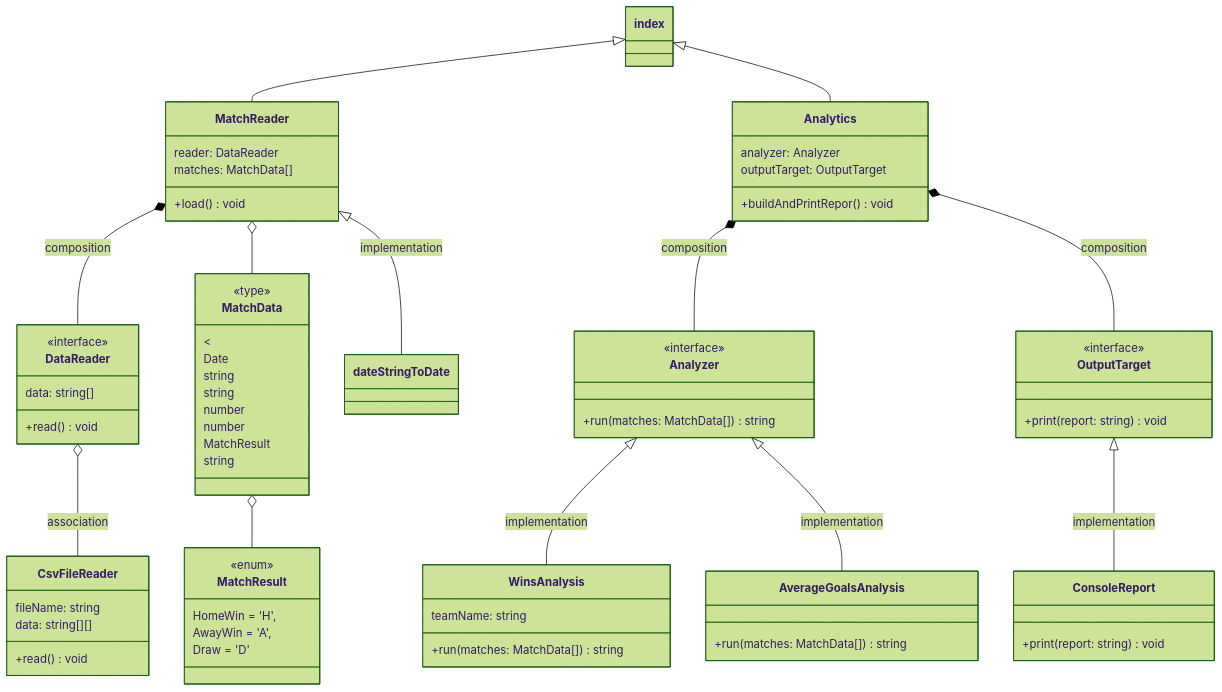
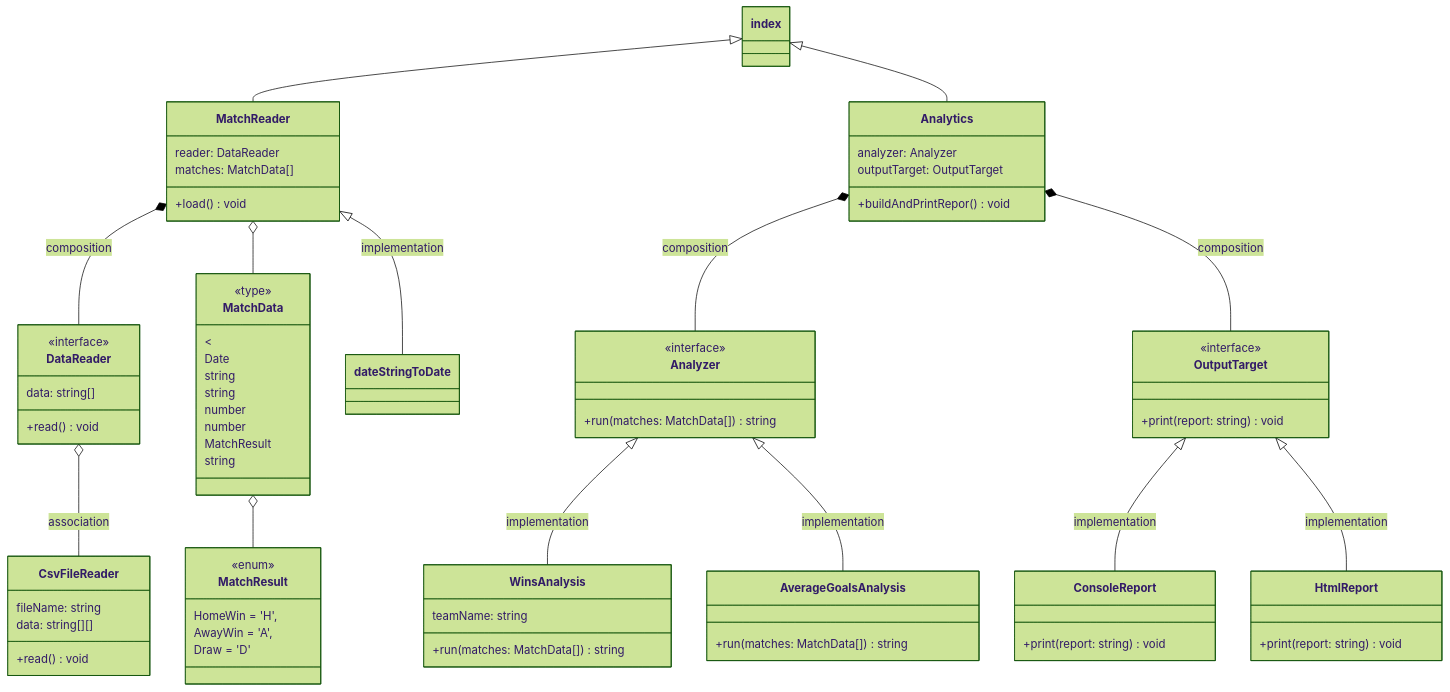
The first of 2 diagrams in README.md (frzhen/pure-Typescript), drawn with Mermaid (forest theme) before and after one commit.

Commit message:
Added HtmlReport to README.md ERD

````diff
--- a/README.md
+++ b/README.md
@@ -15,71 +15,75 @@
 ```mermaid
    classDiagram
    index <|-- MatchReader
    index <|-- Analytics
    class MatchReader{
    reader: DataReader 
    matches: MatchData[] 
    +load() void
    }
    MatchReader *-- DataReader: composition
    class DataReader{
    <<interface>> 
    data: string[]
    +read() void
    }
    DataReader o-- CsvFileReader: association
    class CsvFileReader{
    fileName: string
    data: string[][]
    +read() void
    }
    MatchReader o-- MatchData
    class MatchResult{
    <<enum>> 
    HomeWin = 'H',
    AwayWin = 'A',
    Draw = 'D'
    }
    class MatchData{
    <<type>>
    <<tuple>
    Date
    string
    string
    number
    number
    MatchResult
    string
    }
    MatchData o-- MatchResult
    
    class Analytics{
    analyzer: Analyzer
    outputTarget: OutputTarget
    +buildAndPrintRepor() void
    }
    Analytics *--Analyzer: composition
    Analytics *--OutputTarget: composition
    class Analyzer{
    <<interface>>
    +run(matches: MatchData[]) string
    }
    class OutputTarget{
    <<interface>>
    +print(report: string) void
    }
    class WinsAnalysis{
    teamName: string
    +run(matches: MatchData[]) string
    }
    Analyzer <|--WinsAnalysis: implementation
    class AverageGoalsAnalysis{
    +run(matches: MatchData[]) string
    }
    Analyzer <|--AverageGoalsAnalysis: implementation
    class ConsoleReport{
    +print(report: string) void
    }
    OutputTarget <|-- ConsoleReport: implementation
    MatchReader <|-- dateStringToDate: implementation
+   class HtmlReport{
+   +print(report: string) void
+   }
+   OutputTarget <|-- HtmlReport: implementation
 ```
````
